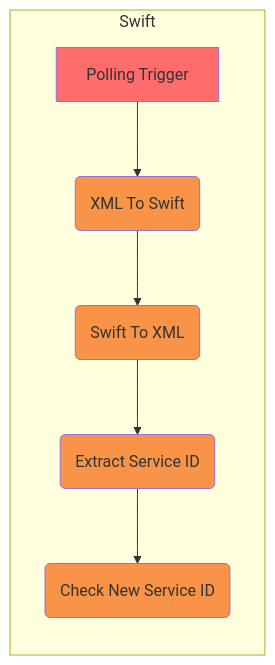
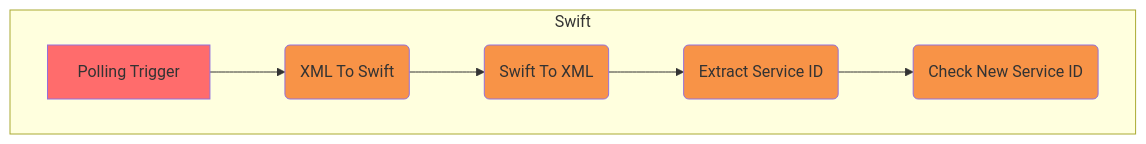
One commit to interlok-testing/testing_swift changed the diagram in README.md. Above: the diagram before and after it, drawn with Mermaid. The commit also changed 2 other files, not shown here.

Commit message:
Remove deprecated warnings

````diff
--- a/README.md
+++ b/README.md
@@ -16,15 +16,16 @@
 ```mermaid
 graph LR
   subgraph Swift
+    direction LR
     PT_C[Polling Trigger] --> XS(XML To Swift)
     XS --> SX(Swift To XML)
     SX --> XP(Extract Service ID)
     XP --> IF(Check New Service ID)
   end
 
   style PT_C fill:#FF6C6C
   style XS fill: #F89347
   style SX fill: #F89347
   style XP fill: #F89347
   style IF fill: #F89347
 ```
````
